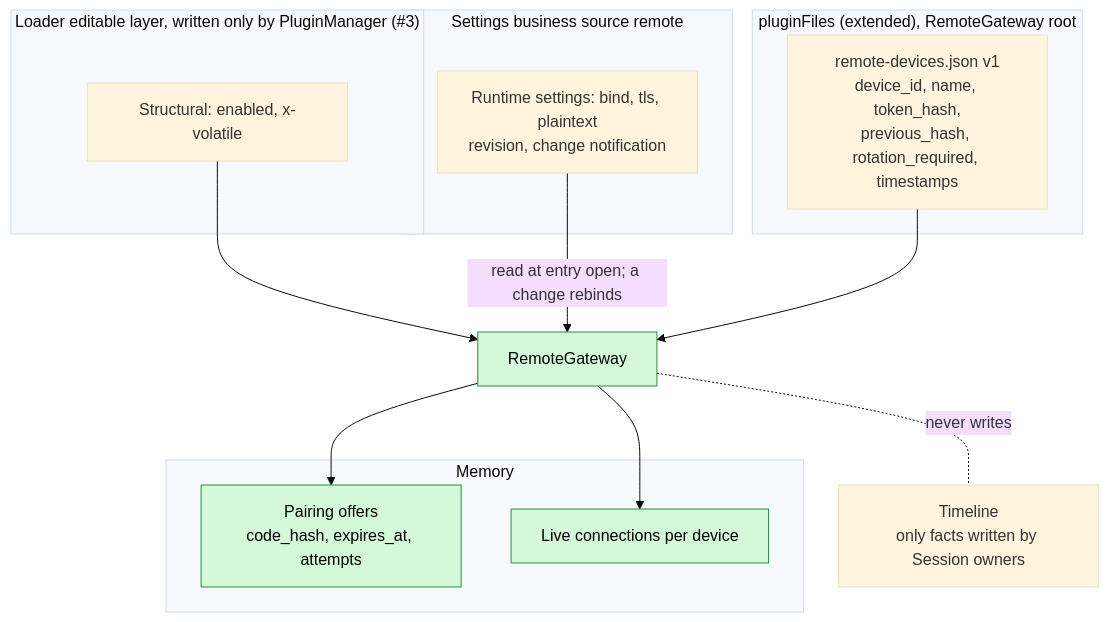
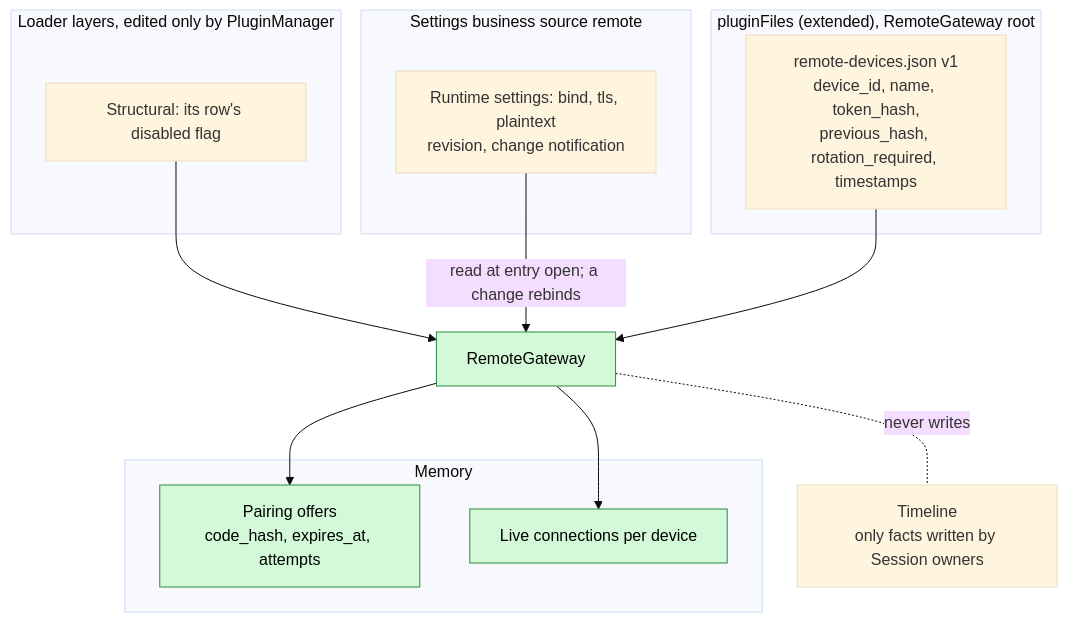
Before and after one commit to arcships/dim: the second of 6 diagrams in docs/design/plugins/RemoteGateway.md, drawn with Mermaid (base theme). The commit also changed other lines of this file and 15 other files, not shown here.

````diff
--- a/docs/design/plugins/RemoteGateway.md
+++ b/docs/design/plugins/RemoteGateway.md
@@ -49,24 +49,24 @@
 ```mermaid
 flowchart TB
-  subgraph LEL["Loader editable layer, written only by PluginManager (#3)"]
-    CFG["Structural: enabled, x-volatile"]
+  subgraph LEL["Loader layers, edited only by PluginManager"]
+    CFG["Structural: its row's disabled flag"]
   end
   subgraph BS["Settings business source remote"]
     RS["Runtime settings: bind, tls, plaintext<br/>revision, change notification"]
   end
   subgraph PS["pluginFiles (extended), RemoteGateway root"]
     DEVS["remote-devices.json v1<br/>device_id, name, token_hash,<br/>previous_hash, rotation_required, timestamps"]
   end
   subgraph MEM["Memory"]
     OFF["Pairing offers<br/>code_hash, expires_at, attempts"]:::new
     LIVE["Live connections per device"]:::new
   end
   TL["Timeline<br/>only facts written by Session owners"]
   CFG --> RG["RemoteGateway"]:::new
   RS -->|"read at entry open; a change rebinds"| RG
   DEVS --> RG
   RG --> OFF
   RG --> LIVE
   RG -.-|"never writes"| TL
   classDef new fill:#d3f9d8,stroke:#2b8a3e,color:#000
 ```
````
